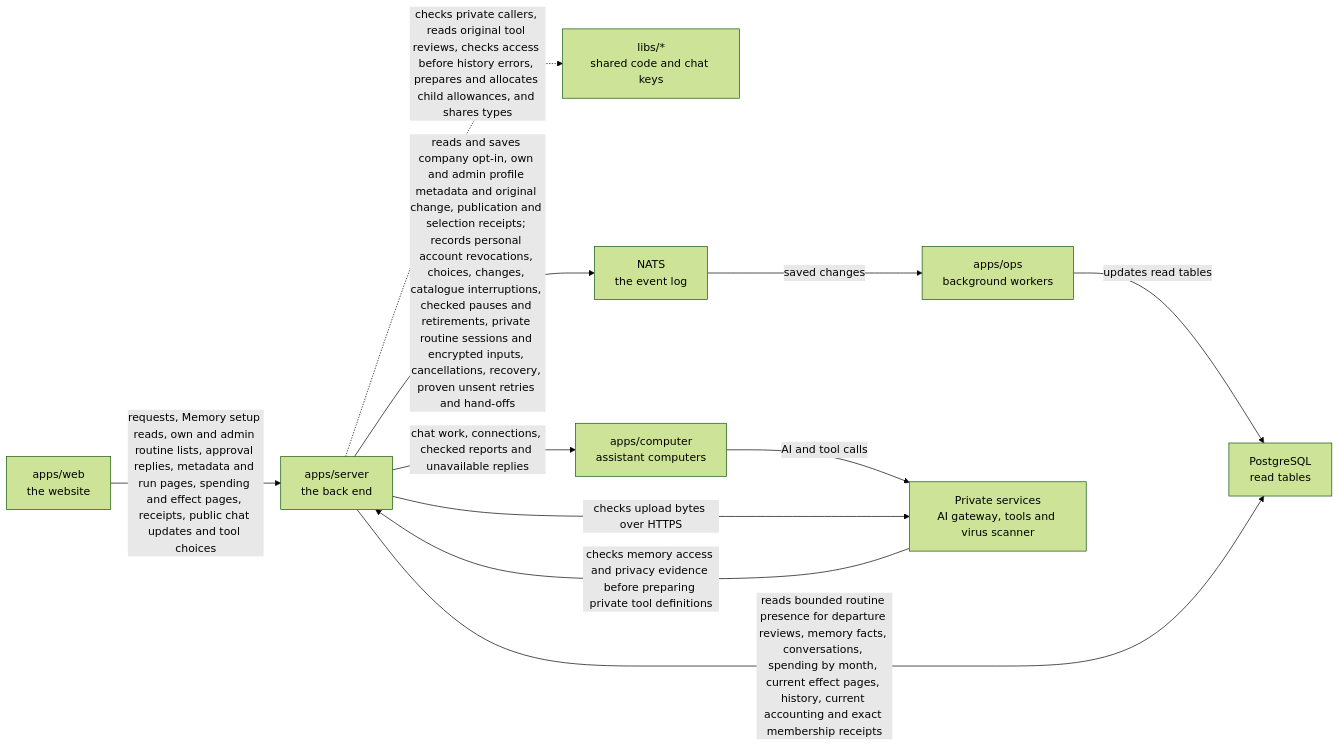
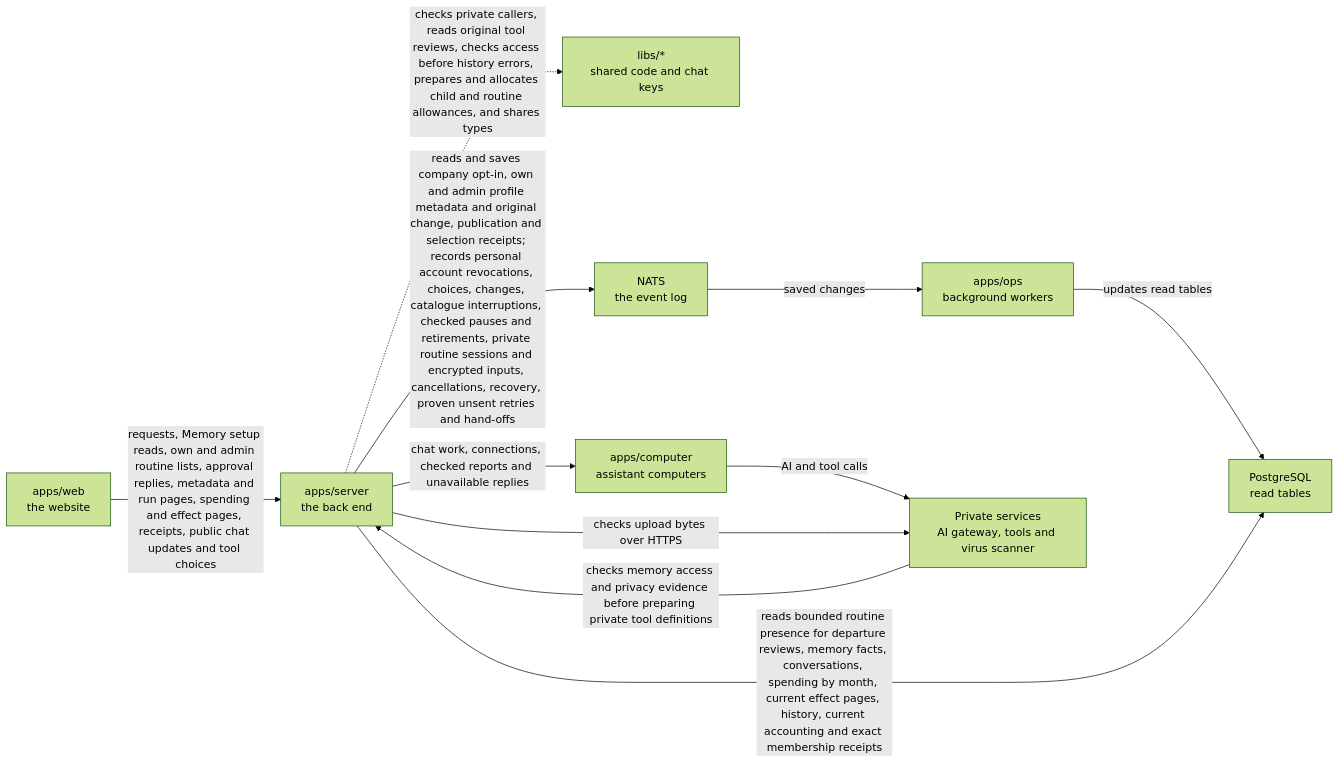
Before and after one commit to elewa-git/opencrane-new: the diagram in apps/server/README.md, drawn with Mermaid (forest theme). The commit also changed other lines of this file and 11 other files, not shown here.

````diff
--- a/apps/server/README.md
+++ b/apps/server/README.md
@@ -92,13 +92,13 @@
 ```mermaid
 flowchart LR
   web["apps/web<br/>the website"] -->|requests, Memory setup reads, own and admin routine lists, approval replies, metadata and run pages, spending and effect pages, receipts, public chat updates and tool choices| server["apps/server<br/>the back end"]
-  server -.->|checks private callers, reads original tool reviews, checks access before history errors, prepares and allocates child allowances, and shares types| libs["libs/*<br/>shared code and chat keys"]
+  server -.->|checks private callers, reads original tool reviews, checks access before history errors, prepares and allocates child and routine allowances, and shares types| libs["libs/*<br/>shared code and chat keys"]
   server -->|reads and saves company opt-in, own and admin profile metadata and original change, publication and selection receipts; records personal account revocations, choices, changes, catalogue interruptions, checked pauses and retirements, private routine sessions and encrypted inputs, cancellations, recovery, proven unsent retries and hand-offs| nats["NATS<br/>the event log"]
   nats -->|saved changes| ops["apps/ops<br/>background workers"]
   ops -->|updates read tables| postgres["PostgreSQL<br/>read tables"]
   server -->|reads bounded routine presence for departure reviews, memory facts, conversations, spending by month, current effect pages, history, current accounting and exact membership receipts| postgres
   server -->|chat work, connections, checked reports and unavailable replies| computer["apps/computer<br/>assistant computers"]
   computer -->|AI and tool calls| runtime["Private services<br/>AI gateway, tools and virus scanner"]
   server -->|checks upload bytes over HTTPS| runtime
   runtime -->|checks memory access and privacy evidence before preparing private tool definitions| server
 ```
````
